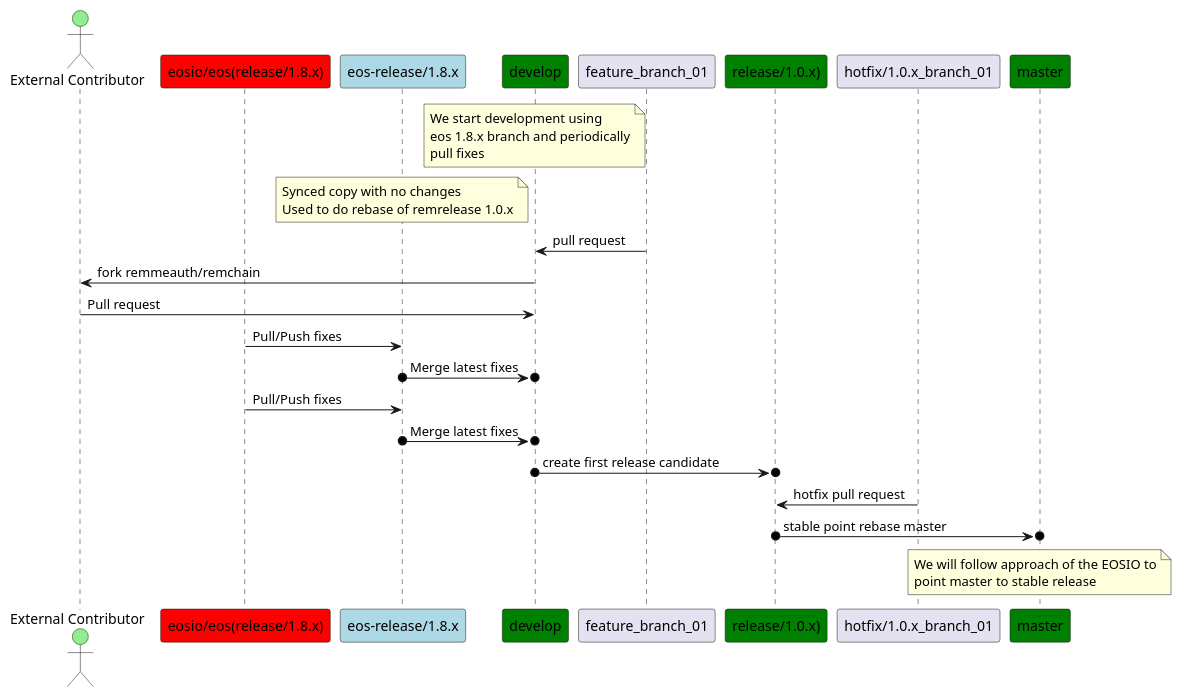
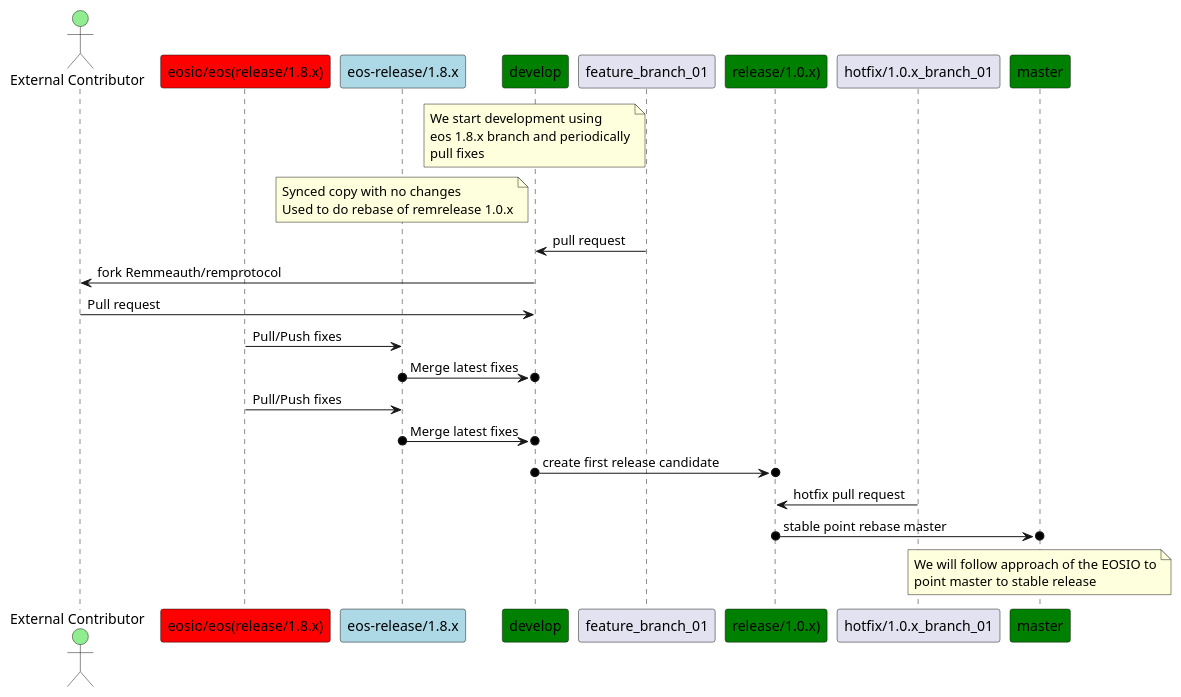
Before and after one commit to EOSIO/eos: the diagram in README_branches.puml, drawn with PlantUML. The commit also changed 176 other files, not shown here.

```diff
--- a/README_branches.puml
+++ b/README_branches.puml
@@ -1,44 +1,44 @@
 @startuml
 ' This used in README.md
 ' see https://stackoverflow.com/questions/32203610/how-to-integrate-uml-diagrams-into-gitlab-or-github
 ' how to insert this picture into README.md
 actor "External Contributor" as EC #lightgreen
 participant "eosio/eos(release/1.8.x)" as EOS18 #red
 participant "eos-release/1.8.x" as REOS18 #lightblue
 participant "develop" as DEVELOP #green
 participant "feature_branch_01" as DEVFEATURE
 participant "release/1.0.x)" as RR10 #green
 participant "hotfix/1.0.x_branch_01" as RF10
 participant "master" as master #green
 note over DEVELOP
     We start development using
     eos 1.8.x branch and periodically
     pull fixes
 end note
 note over REOS18
     Synced copy with no changes
     Used to do rebase of remrelease 1.0.x
 end note
 
 DEVFEATURE -> DEVELOP: pull request
 
-DEVELOP -> EC : fork remmeauth/remchain
+DEVELOP -> EC : fork Remmeauth/remprotocol
 DEVELOP <- EC : Pull request
 REOS18 <- EOS18 : Pull/Push fixes
 REOS18 o->o DEVELOP : Merge latest fixes
 
 REOS18 <- EOS18 : Pull/Push fixes
 REOS18 o->o DEVELOP : Merge latest fixes
 
 DEVELOP o->o RR10 : create first release candidate
 
 RF10 -> RR10 : hotfix pull request
 
 RR10 o->o master : stable point rebase master
 
 note over master
     We will follow approach of the EOSIO to
     point master to stable release
 end note
 
 @enduml
```
